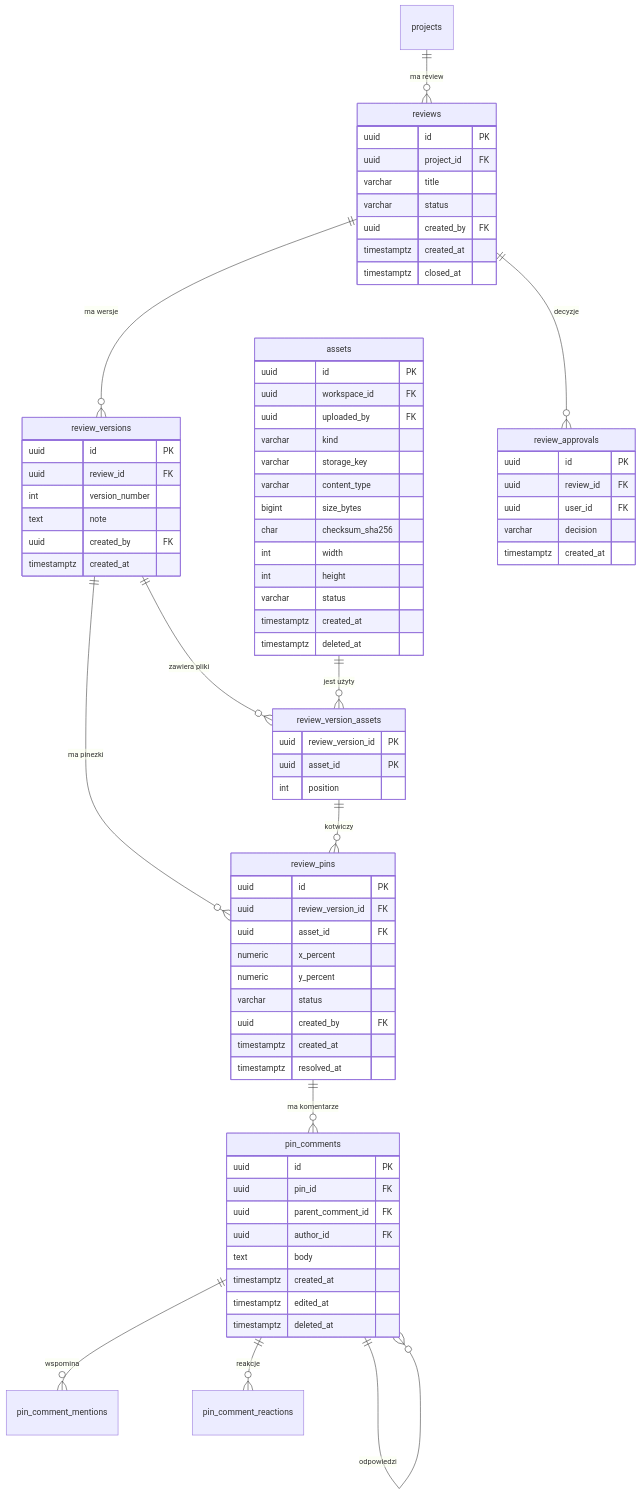
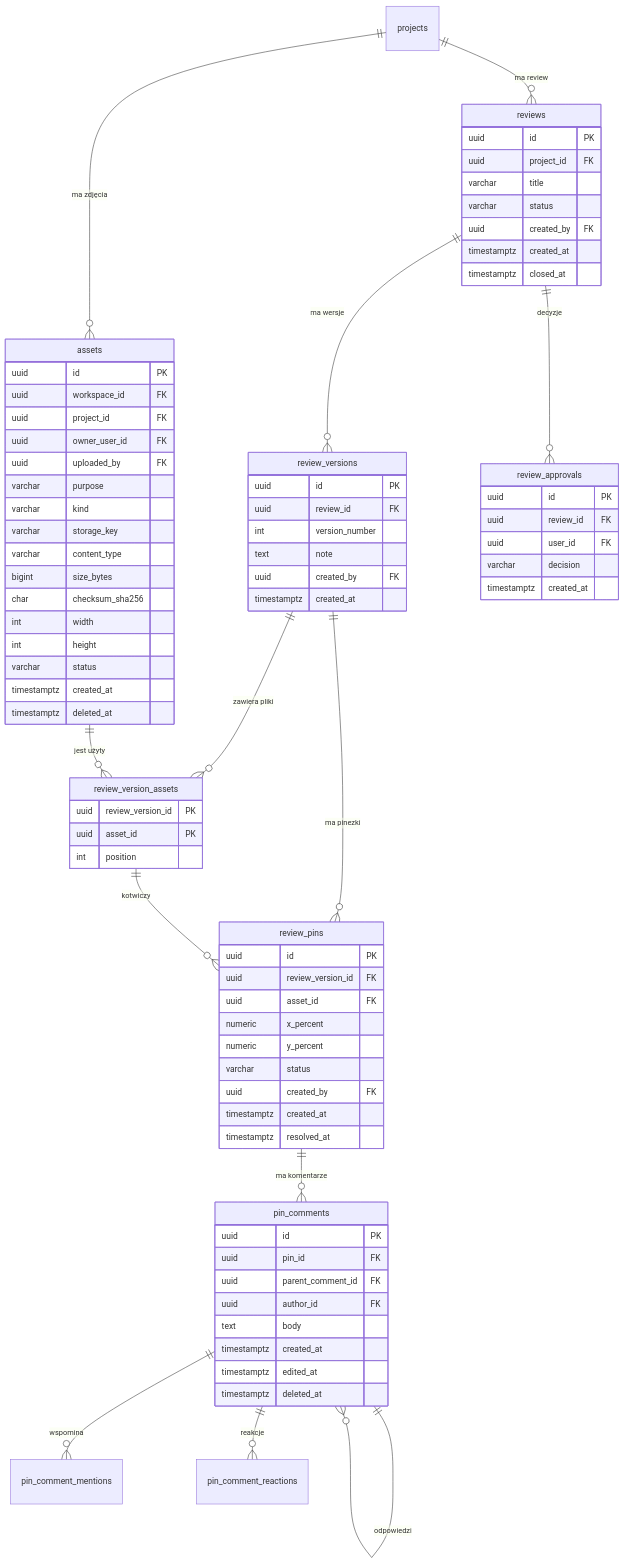
The second of 3 diagrams in docs/database-model.md (ressca/MarkerIt), drawn with Mermaid before and after one commit. The commit also changed other lines of this file and 1 other file, not shown here.

Commit message:
feat(db): limit review image storage per project

````diff
--- a/docs/database-model.md
+++ b/docs/database-model.md
@@ -81,6 +81,7 @@
 ```mermaid
 erDiagram
     projects ||--o{ reviews : "ma review"
+    projects ||--o{ assets : "ma zdjęcia"
     reviews ||--o{ review_versions : "ma wersje"
     review_versions ||--o{ review_version_assets : "zawiera pliki"
     assets ||--o{ review_version_assets : "jest użyty"
@@ -95,7 +96,10 @@
     assets {
         uuid id PK
         uuid workspace_id FK
+        uuid project_id FK
+        uuid owner_user_id FK
         uuid uploaded_by FK
+        varchar purpose
         varchar kind
         varchar storage_key
         varchar content_type
````
